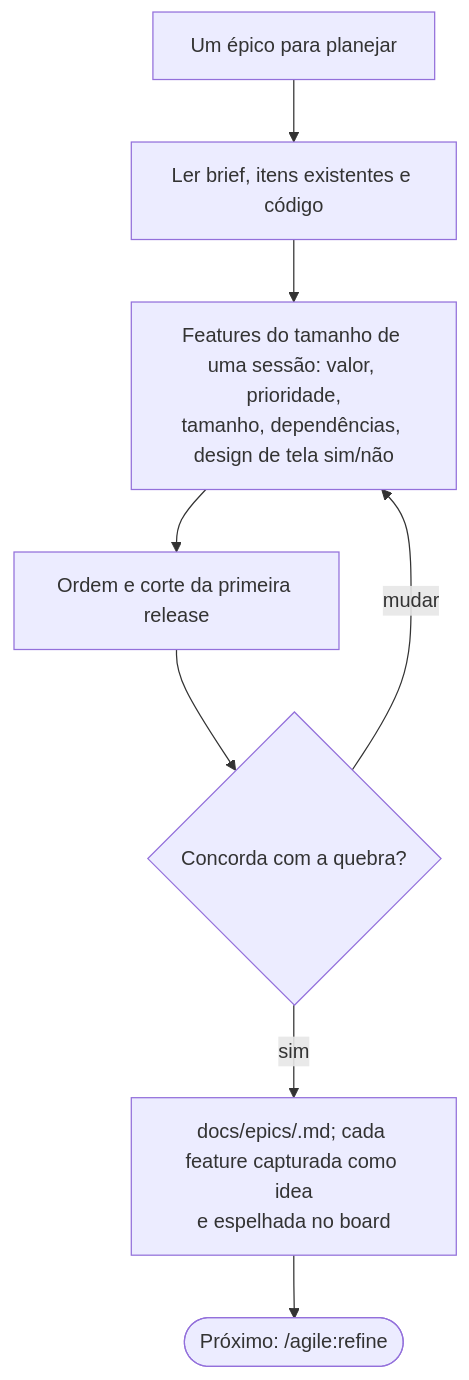
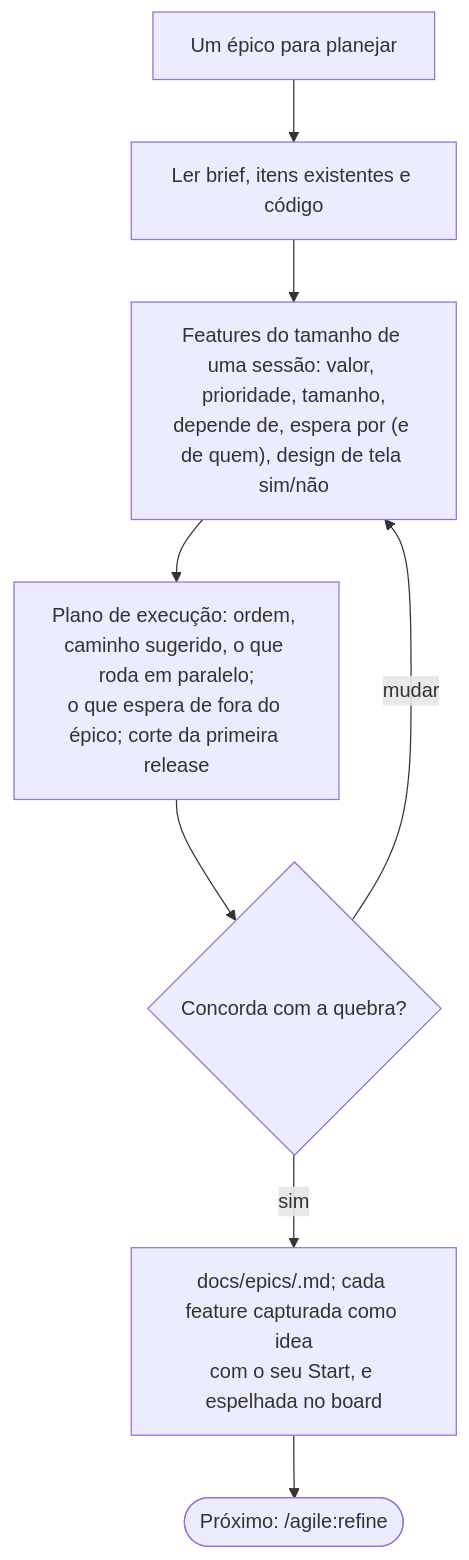
The sixth of 18 diagrams in docs/agile/workflow.pt-BR.md (alexcanario/simulab), drawn with Mermaid before and after one commit. The commit also changed other lines of this file and 11 other files, not shown here.

````diff
--- a/docs/agile/workflow.pt-BR.md
+++ b/docs/agile/workflow.pt-BR.md
@@ -975,10 +1196,10 @@
 ```mermaid
 flowchart TD
     A["Um épico para planejar"] --> B["Ler brief, itens existentes e código"]
-    B --> C["Features do tamanho de uma sessão: valor, prioridade,<br/>tamanho, dependências, design de tela sim/não"]
-    C --> D["Ordem e corte da primeira release"]
+    B --> C["Features do tamanho de uma sessão: valor, prioridade, tamanho,<br/>depende de, espera por (e de quem), design de tela sim/não"]
+    C --> D["Plano de execução: ordem, caminho sugerido, o que roda em paralelo;<br/>o que espera de fora do épico; corte da primeira release"]
     D --> E{"Concorda com a quebra?"}
     E -->|mudar| C
-    E -->|sim| F["docs/epics/<slug>.md; cada feature capturada como idea<br/>e espelhada no board"]
-    F --> G(["Próximo: /agile:refine <primeira feature>"])
+    E -->|sim| F["docs/epics/<slug>.md; cada feature capturada como idea<br/>com o seu Start, e espelhada no board"]
+    F --> G(["Próximo: /agile:refine <primeira feature que não espera por nada>"])
 ```
````
